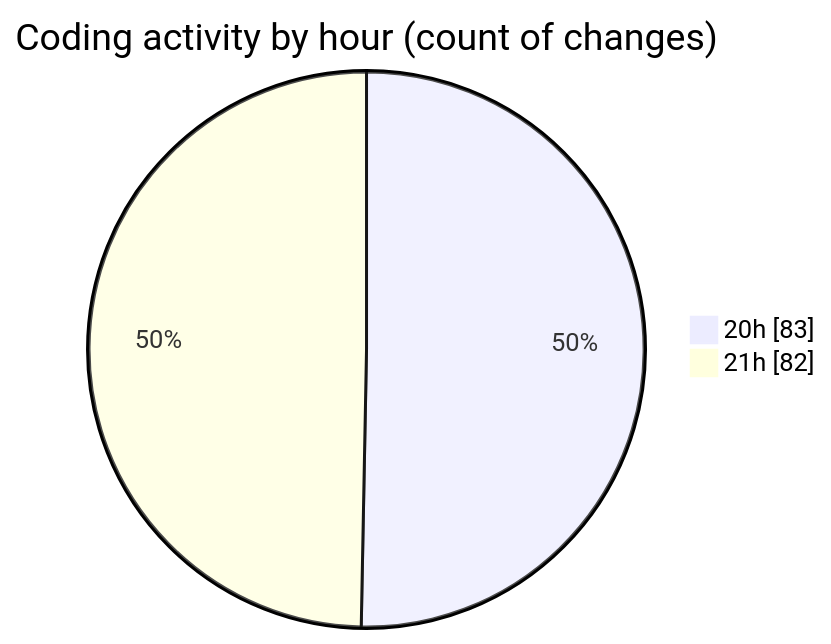
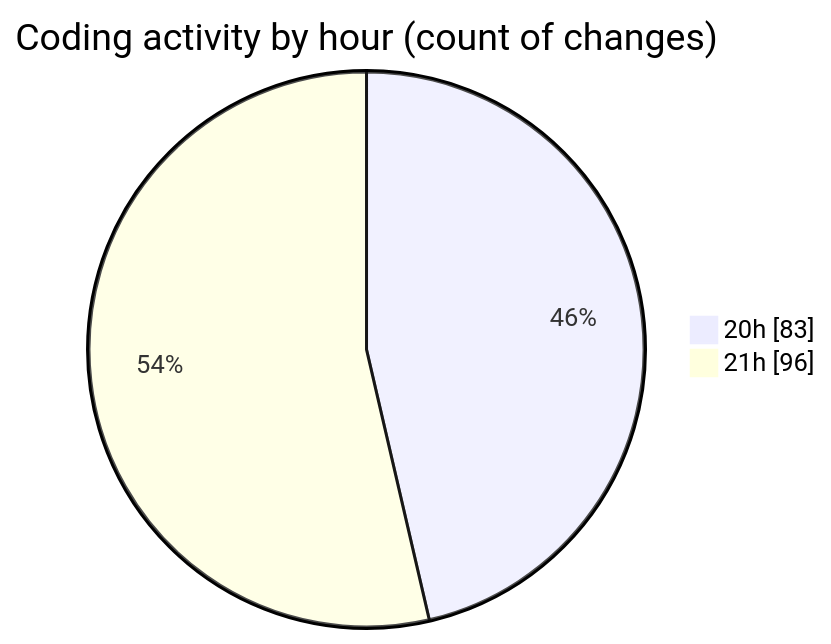
The second of 2 diagrams in 2025-07-20/reactphpmysql/README.md (Ritupan-Deka/code-tracking), drawn with Mermaid before and after one commit. The commit also changed other lines of this file and 1 other file, not shown here.

````diff
--- a/2025-07-20/reactphpmysql/README.md
+++ b/2025-07-20/reactphpmysql/README.md
@@ -34,6 +34,6 @@
 ```mermaid
 pie showData
 title Coding activity by hour (count of changes)
 "20h" : 83
-"21h" : 82
+"21h" : 96
 ```
````
